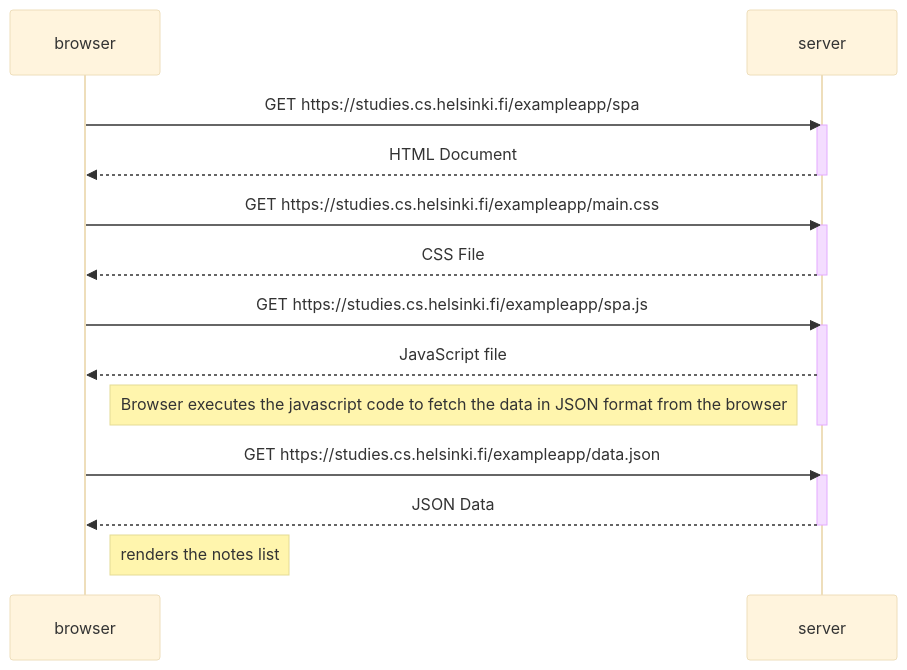
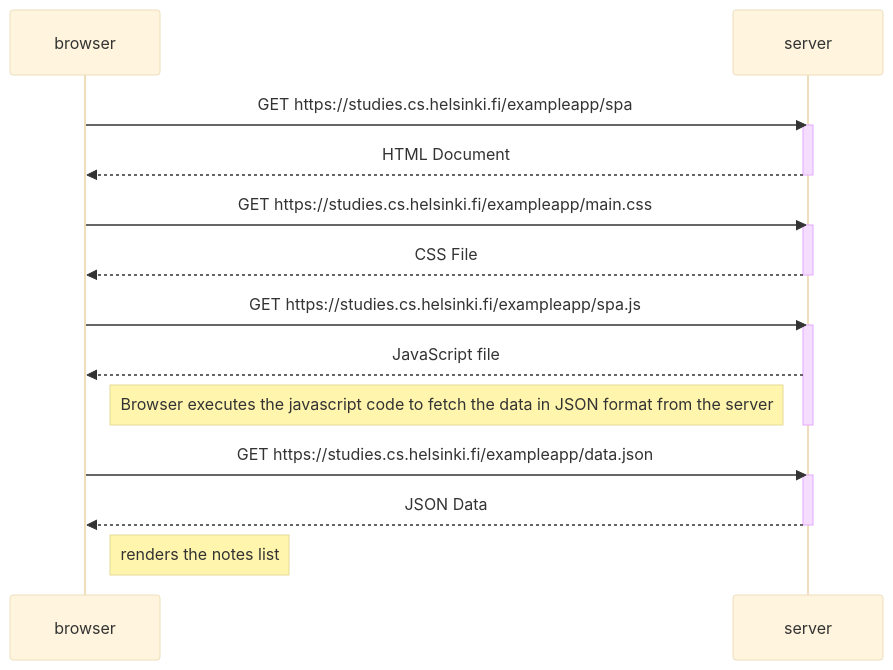
One commit to rieljasperapos/fullstackopen changed the diagram in part0/exercise05.md. Above: the diagram before and after it, drawn with Mermaid (base theme).

Commit message:
exercise 5

````diff
--- a/part0/exercise05.md
+++ b/part0/exercise05.md
@@ -1,27 +1,27 @@
 ```mermaid
 sequenceDiagram
     participant browser
     participant server
 
     browser->>server: GET https://studies.cs.helsinki.fi/exampleapp/spa
     activate server
     server-->>browser: HTML Document
     deactivate server
 
     browser->>server: GET https://studies.cs.helsinki.fi/exampleapp/main.css
     activate server
     server-->>browser: CSS File
     deactivate server
 
     browser->>server: GET https://studies.cs.helsinki.fi/exampleapp/spa.js
     activate server
     server-->>browser: JavaScript file
-    Note right of browser: Browser executes the javascript code to fetch the data in JSON format from the browser
+    Note right of browser: Browser executes the javascript code to fetch the data in JSON format from the server
     deactivate server
 
     browser->>server: GET https://studies.cs.helsinki.fi/exampleapp/data.json
     activate server
     server-->>browser: JSON Data
     deactivate server
     Note right of browser: renders the notes list
 ```
````
